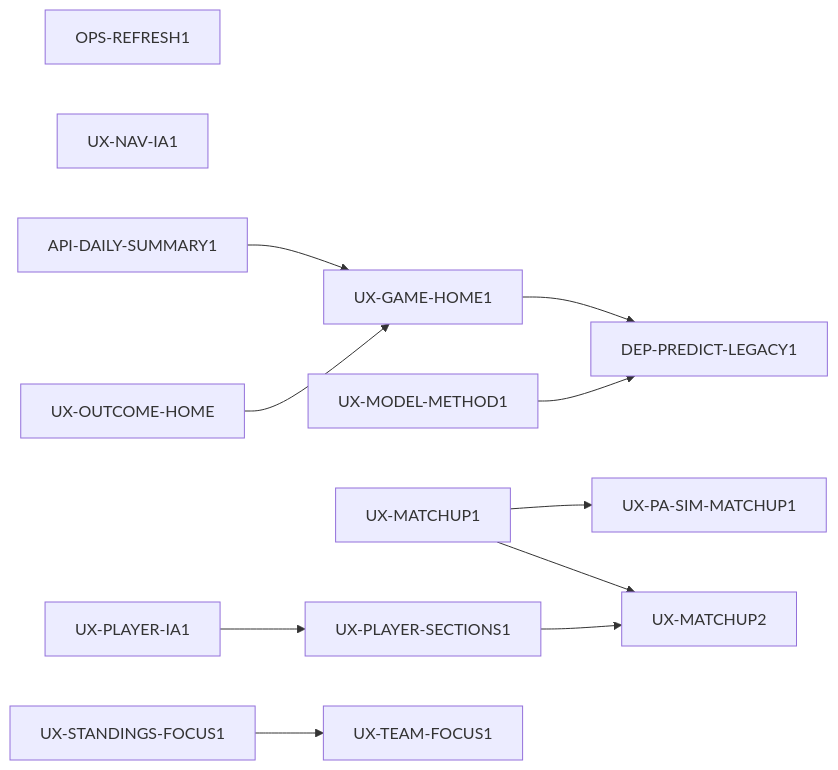
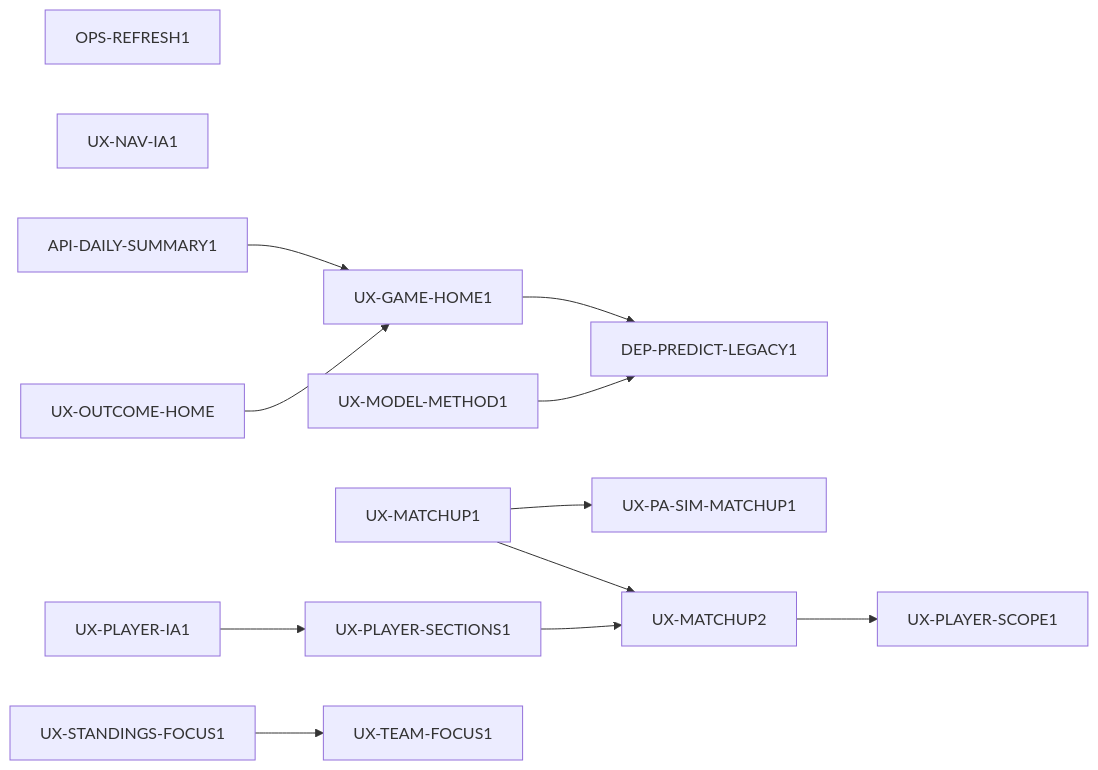
One commit to ruan6047/cpbl-analytics changed the diagram in docs/tasks/INIT-PRODUCT-UX.md. Above: the diagram before and after it, drawn with Mermaid. The commit also changed other lines of this file and 4 other files, not shown here.

First line of the commit message:
docs: register player scope redesign card

````diff
--- a/docs/tasks/INIT-PRODUCT-UX.md
+++ b/docs/tasks/INIT-PRODUCT-UX.md
@@ -11,14 +11,15 @@
 ```mermaid
 flowchart LR
   OPS["OPS-REFRESH1"]
   NAV["UX-NAV-IA1"]
   API["API-DAILY-SUMMARY1"] --> HOME["UX-GAME-HOME1"]
   PRE["UX-OUTCOME-HOME"] --> HOME
   HOME --> DEP["DEP-PREDICT-LEGACY1"]
   METHOD["UX-MODEL-METHOD1"] --> DEP
   MATCH["UX-MATCHUP1"] --> SIM["UX-PA-SIM-MATCHUP1"]
   PLAYER["UX-PLAYER-IA1"] --> SECTIONS["UX-PLAYER-SECTIONS1"]
   MATCH --> M2["UX-MATCHUP2"]
   SECTIONS --> M2
+  M2 --> PSCOPE["UX-PLAYER-SCOPE1"]
   ST["UX-STANDINGS-FOCUS1"] --> TEAM["UX-TEAM-FOCUS1"]
 ```
````
